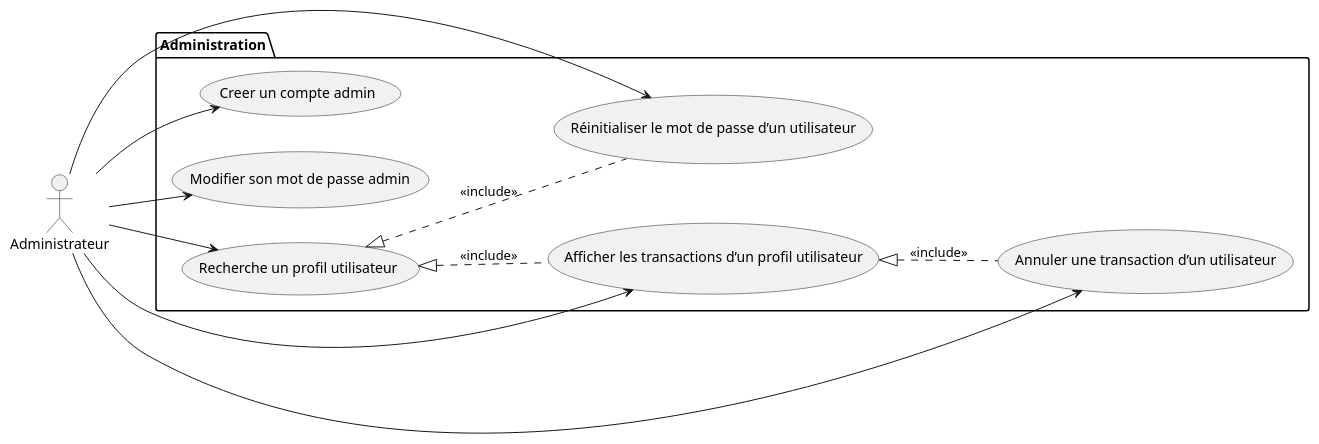
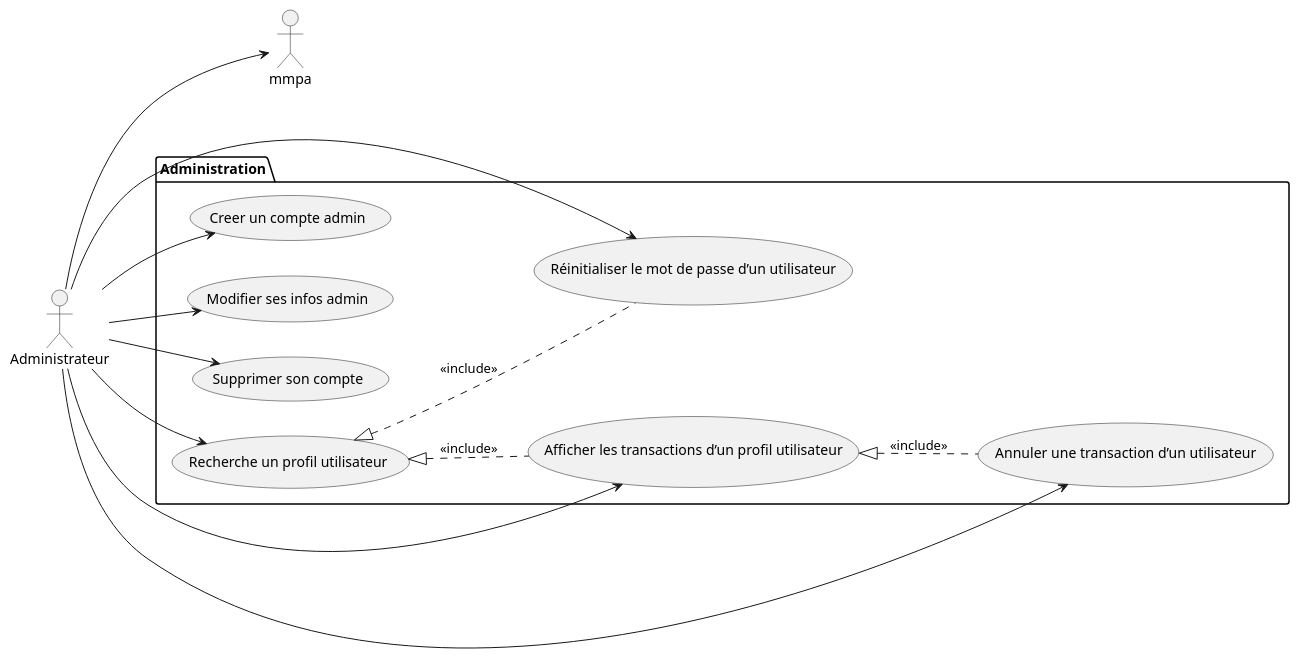
The diagram in diagrammes/specification/cas-utilisation/package-administration.puml (lmtb06/sharecount), drawn with PlantUML before and after one commit. The commit also changed 5 other files, not shown here.

```diff
--- a/diagrammes/specification/cas-utilisation/package-administration.puml
+++ b/diagrammes/specification/cas-utilisation/package-administration.puml
@@ -1,27 +1,30 @@
 @startuml Cas utilisation - Administration
 left to right direction
 
 actor "Administrateur" as Admin
 
 package "Administration"{
     usecase "Recherche un profil utilisateur" as rpu
     usecase "Afficher les transactions d’un profil utilisateur" as atpu
     usecase "Annuler une transaction d’un utilisateur" as atu
-		usecase "Réinitialiser le mot de passe d’un utilisateur" as rmpu
-		usecase "Creer un compte admin" as cca
-		usecase "Modifier son mot de passe admin" as mmpa
+	usecase "Réinitialiser le mot de passe d’un utilisateur" as rmpu
+	usecase "Creer un compte admin" as cca
+	usecase "Modifier ses infos admin" as msia
+	usecase "Supprimer son compte" as ssca
 }
 
 actor "Administrateur" as Admin
 
 Admin --> rpu
 Admin --> atpu
 Admin --> atu
 Admin --> rmpu
 Admin --> cca
 Admin --> mmpa
+Admin --> msia
+Admin --> ssca
 
 atpu <|.. atu  : <<include>>
 rpu <|.. atpu  : <<include>>
 rpu <|.. rmpu  : <<include>>
 @enduml
```
